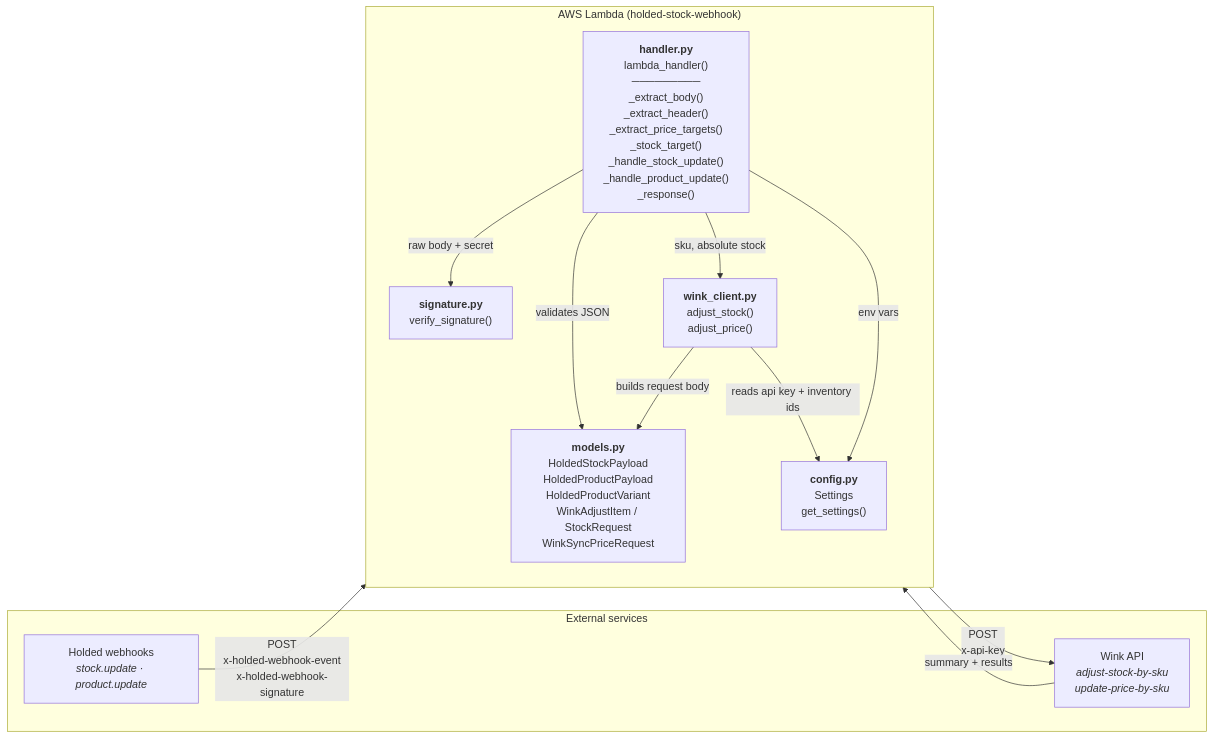
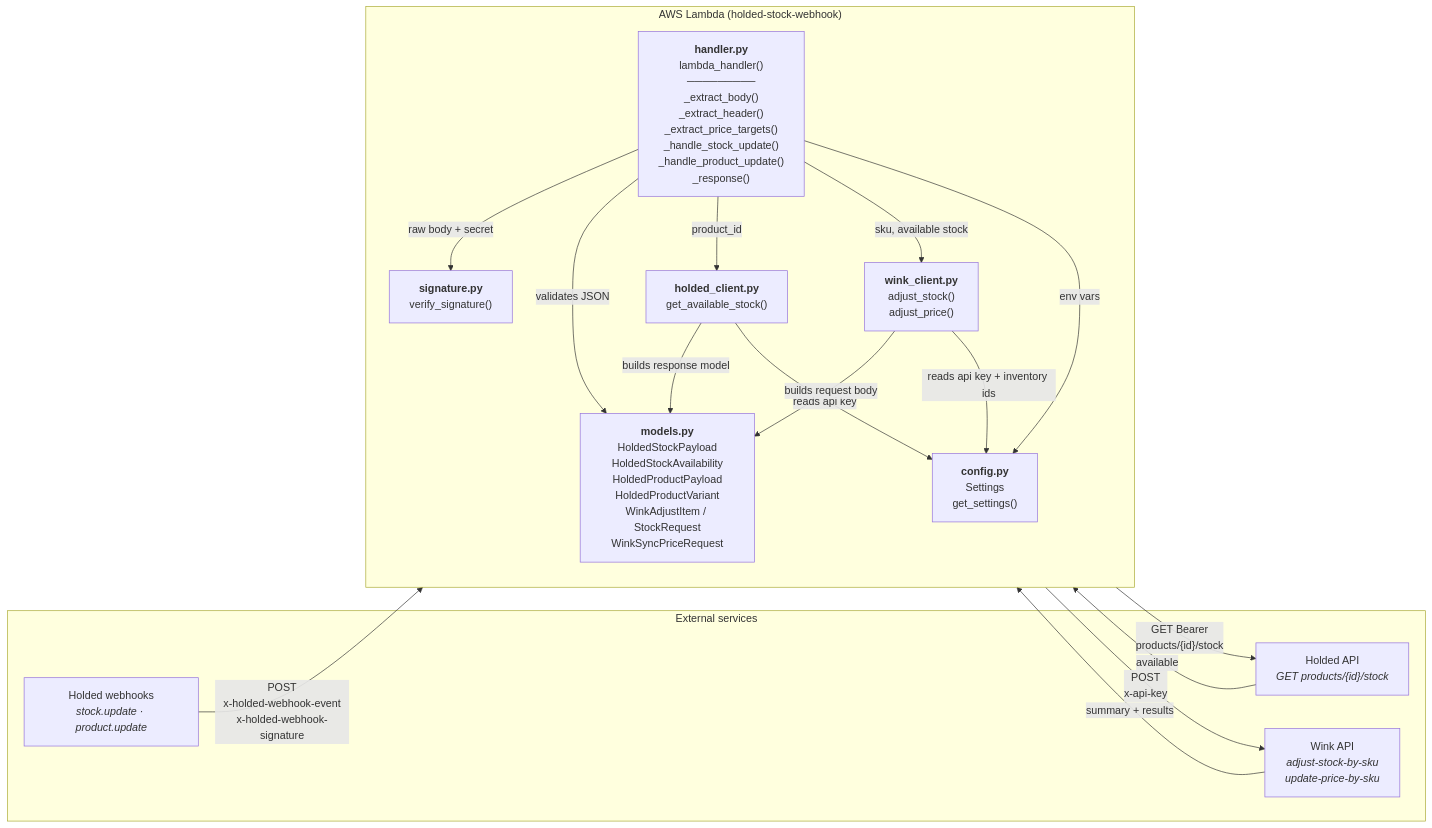
One commit to danrivsa/santo-suplemento-invetory-sync-webhook changed the first of 4 diagrams in README.md. Above: the diagram before and after it, drawn with Mermaid. The commit also changed other lines of this file and 10 other files, not shown here.

Commit message:
feat(stock): sync Wink inventory to Holded 'available' via GET /products/{id}/stock; add holded_client + HOLDED_API_KEY config

````diff
--- a/README.md
+++ b/README.md
@@ -9,28 +9,35 @@
 ```mermaid
 flowchart LR
     subgraph External["External services"]
         Holded["Holded webhooks<br/><i>stock.update · product.update</i>"]
+        HoldedApi["Holded API<br/><i>GET products/{id}/stock</i>"]
         Wink["Wink API<br/><i>adjust-stock-by-sku<br/>update-price-by-sku</i>"]
     end
 
     subgraph Lambda["AWS Lambda (holded-stock-webhook)"]
         direction TB
-        Handler["<b>handler.py</b><br/>lambda_handler()<br/>─────────<br/>_extract_body()<br/>_extract_header()<br/>_extract_price_targets()<br/>_stock_target()<br/>_handle_stock_update()<br/>_handle_product_update()<br/>_response()"]
+        Handler["<b>handler.py</b><br/>lambda_handler()<br/>─────────<br/>_extract_body()<br/>_extract_header()<br/>_extract_price_targets()<br/>_handle_stock_update()<br/>_handle_product_update()<br/>_response()"]
 
         Sig["<b>signature.py</b><br/>verify_signature()"]
-        Models["<b>models.py</b><br/>HoldedStockPayload<br/>HoldedProductPayload<br/>HoldedProductVariant<br/>WinkAdjustItem / StockRequest<br/>WinkSyncPriceRequest"]
+        Models["<b>models.py</b><br/>HoldedStockPayload<br/>HoldedStockAvailability<br/>HoldedProductPayload<br/>HoldedProductVariant<br/>WinkAdjustItem / StockRequest<br/>WinkSyncPriceRequest"]
+        HoldedClient["<b>holded_client.py</b><br/>get_available_stock()"]
         Client["<b>wink_client.py</b><br/>adjust_stock()<br/>adjust_price()"]
         Config["<b>config.py</b><br/>Settings<br/>get_settings()"]
 
         Handler -->|"raw body + secret"| Sig
         Handler -->|"validates JSON"| Models
-        Handler -->|"sku, absolute stock"| Client
+        Handler -->|"product_id"| HoldedClient
+        Handler -->|"sku, available stock"| Client
         Handler -->|"env vars"| Config
+        HoldedClient -->|"builds response model"| Models
+        HoldedClient -->|"reads api key"| Config
         Client -->|"builds request body"| Models
         Client -->|"reads api key + inventory ids"| Config
     end
 
     Holded -->|"POST<br/>x-holded-webhook-event<br/>x-holded-webhook-signature"| Handler
+    HoldedClient -->|"GET Bearer<br/>products/{id}/stock"| HoldedApi
+    HoldedApi -->|"available"| HoldedClient
     Client -->|"POST<br/>x-api-key"| Wink
     Wink -->|"summary + results"| Client
 ```
````
